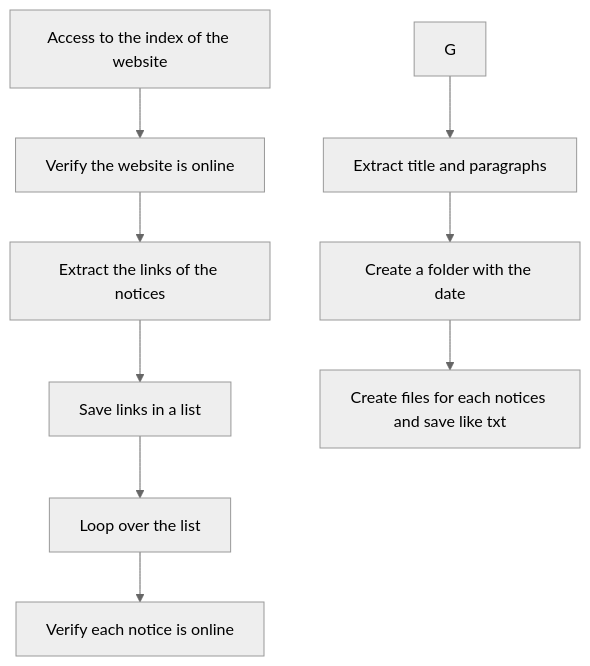
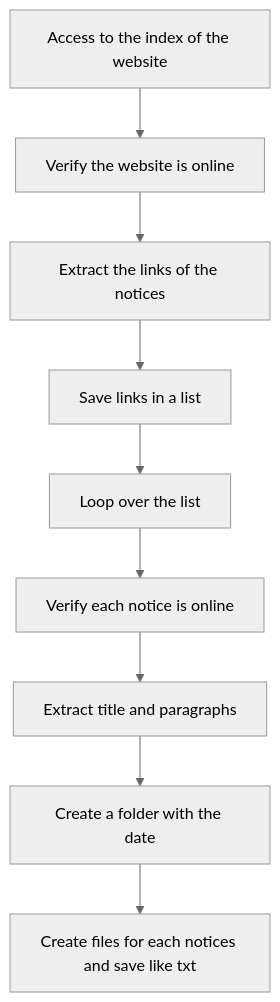
The diagram in README.md (sebassaras02/Scrapper-La-Gaceta), drawn with Mermaid (neutral theme) before and after one commit.

````diff
--- a/README.md
+++ b/README.md
@@ -28,13 +28,13 @@
 ```mermaid 
   graph TD
     A[Access to the index of the website] --> B[Verify the website is online]
     B --> C[Extract the links of the notices]
     C --> D[Save links in a list]
     D --> E[Loop over the list]
     E --> F[Verify each notice is online]
-    G --> H[Extract title and paragraphs]
-    H --> K[Create a folder with the date]
-    K --> L[Create files for each notices and save like txt]
+    F --> G[Extract title and paragraphs]
+    G --> H[Create a folder with the date]
+    H --> K[Create files for each notices and save like txt]
 
 
 ```
````
